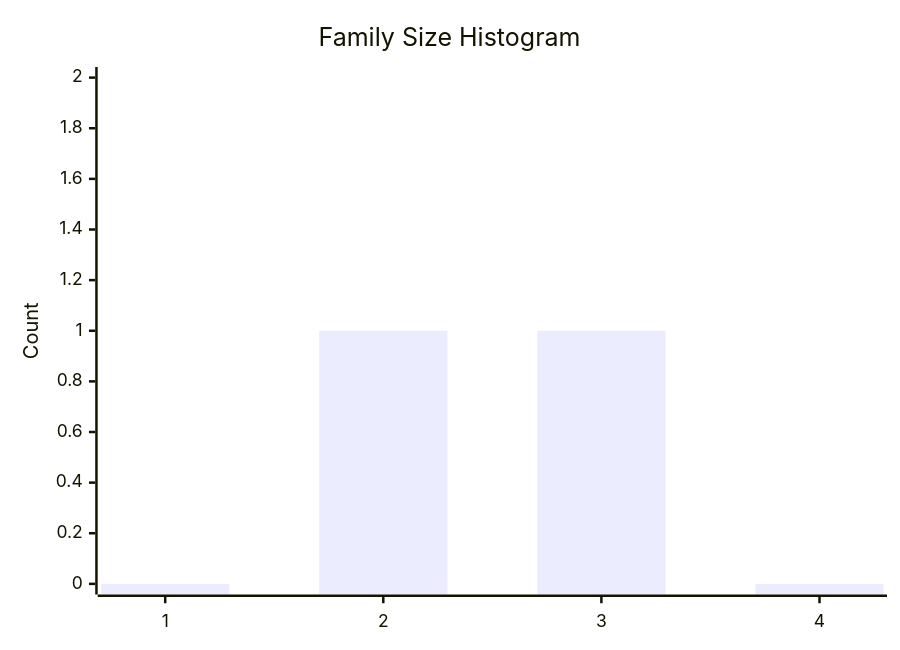
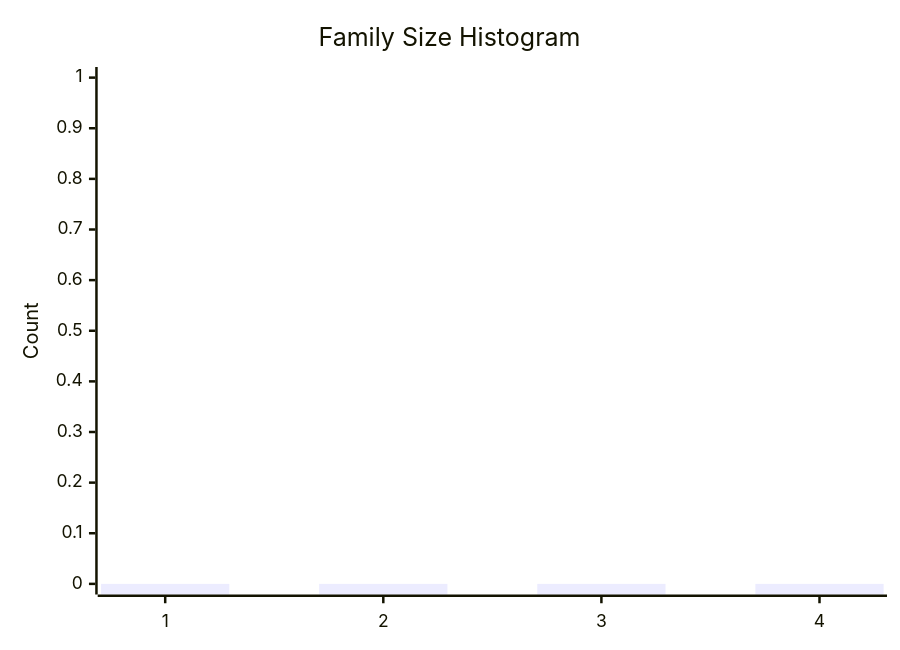
One commit to dhagan-va/intern-2025 changed the fifth of 10 diagrams in test-tools/DataGen/src/Statistics_Visualizer.md. Above: the diagram before and after it, drawn with Mermaid. The commit also changed other lines of this file and 6 other files, not shown here.

````diff
--- a/test-tools/DataGen/src/Statistics_Visualizer.md
+++ b/test-tools/DataGen/src/Statistics_Visualizer.md
@@ -58,7 +58,7 @@
 ```mermaid
 xychart-beta
     title "Family Size Histogram"
     x-axis ["1", "2", "3", "4"]
-    y-axis "Count" 0 --> 2
-    bar [0, 1, 1, 0]
+    y-axis "Count" 0 --> 1
+    bar [0, 0, 0, 0]
 ```
````
